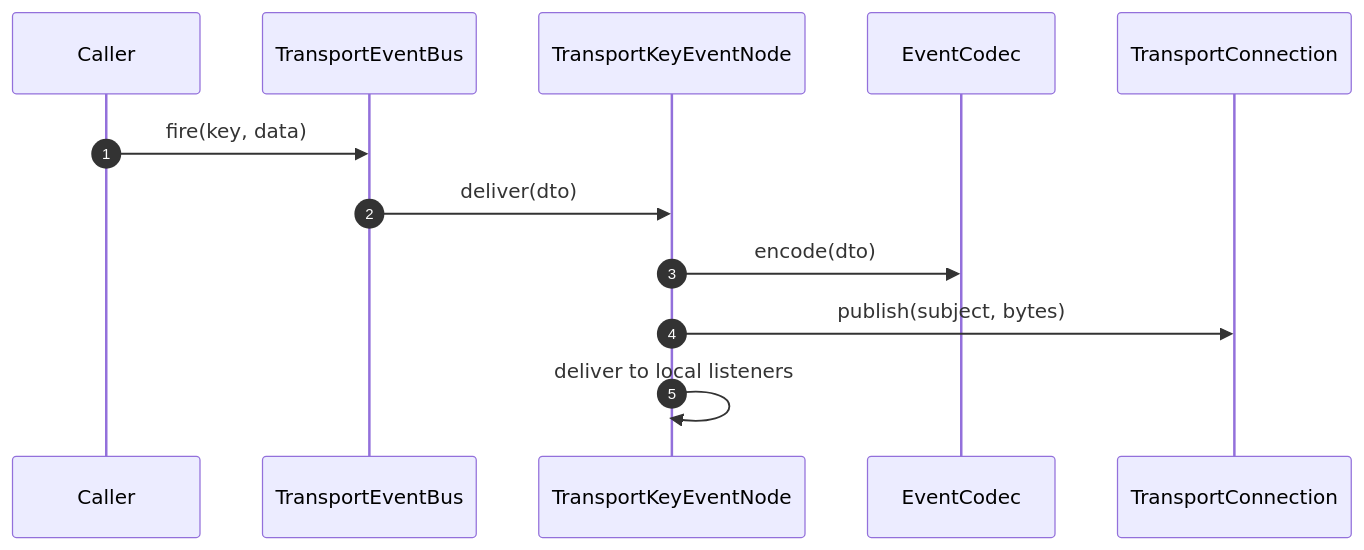
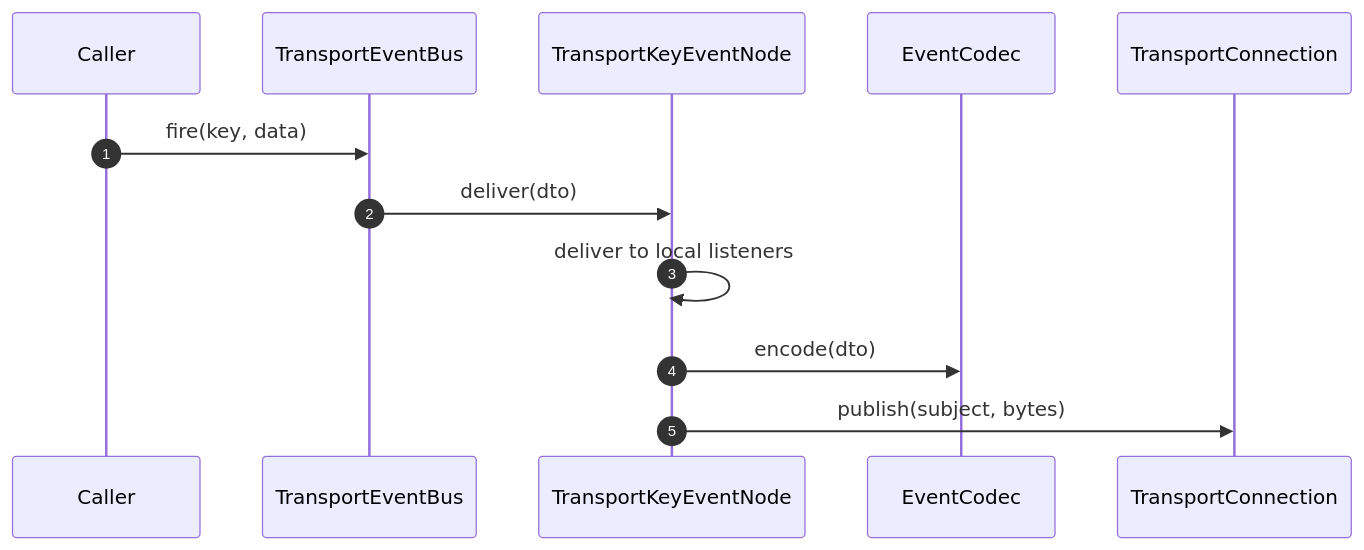
The diagram in packages/event_bus_arch_transport/README.md (Avataromvatar/event_bus_arch), drawn with Mermaid before and after one commit. The commit also changed other lines of this file and 35 other files, not shown here.

````diff
--- a/packages/event_bus_arch_transport/README.md
+++ b/packages/event_bus_arch_transport/README.md
@@ -89,15 +89,15 @@
 ```mermaid
 sequenceDiagram
     autonumber
     participant C as Caller
     participant B as TransportEventBus
     participant N as TransportKeyEventNode
     participant K as EventCodec
     participant Conn as TransportConnection
 
     C->>B: fire(key, data)
     B->>N: deliver(dto)
+    N->>N: deliver to local listeners
     N->>K: encode(dto)
     N->>Conn: publish(subject, bytes)
-    N->>N: deliver to local listeners
 ```
````
